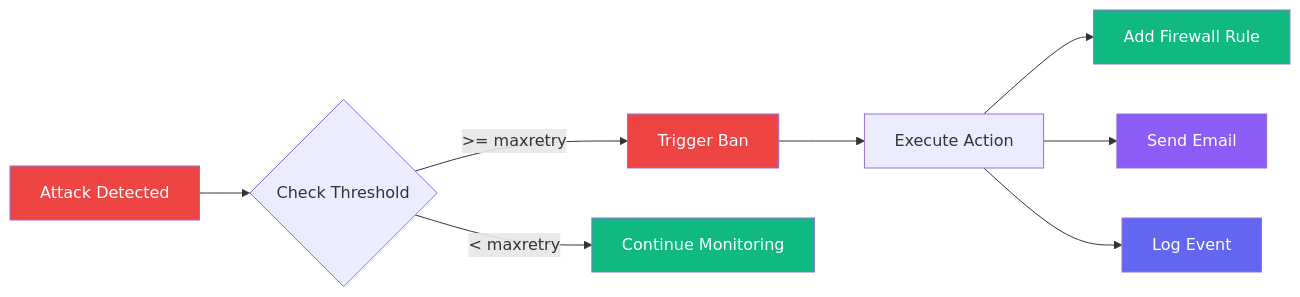
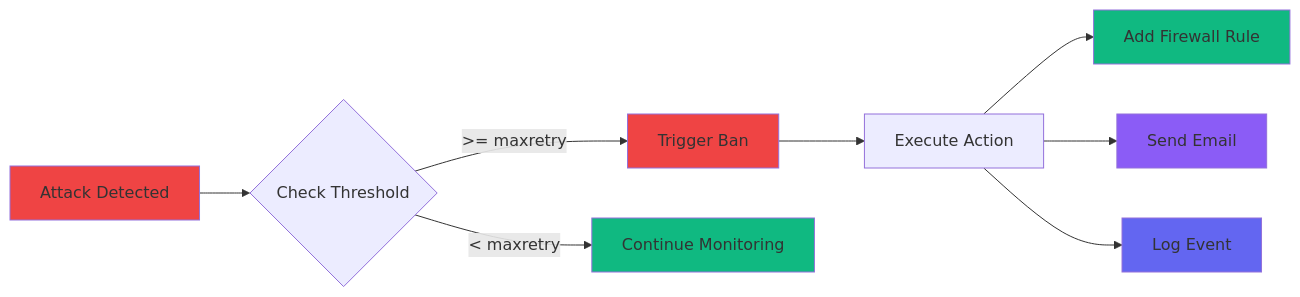
One commit to fanani-radian/openclaw-sumopod changed the seventh of 8 diagrams in docs/use-cases/fail2ban-opencloudos.md. Above: the diagram before and after it, drawn with Mermaid. The commit also changed other lines of this file, not shown here.

First line of the commit message:
fix(fail2ban): Fix Mermaid diagram syntax for GitHub rendering

````diff
--- a/docs/use-cases/fail2ban-opencloudos.md
+++ b/docs/use-cases/fail2ban-opencloudos.md
@@ -523,17 +412,17 @@
 ```mermaid
 graph LR
     A[Attack Detected] --> B{Check Threshold}
     B -->|>= maxretry| C[Trigger Ban]
     B -->|< maxretry| D[Continue Monitoring]
     C --> E[Execute Action]
     E --> F[Add Firewall Rule]
     E --> G[Send Email]
     E --> H[Log Event]
     
-    style A fill:#ef4444,color:#fff
-    style C fill:#ef4444,color:#fff
-    style F fill:#10b981,color:#fff
-    style G fill:#8b5cf6,color:#fff
-    style H fill:#6366f1,color:#fff
-    style D fill:#10b981,color:#fff
+    style A fill:#ef4444
+    style C fill:#ef4444
+    style F fill:#10b981
+    style G fill:#8b5cf6
+    style H fill:#6366f1
+    style D fill:#10b981
 ```
````
